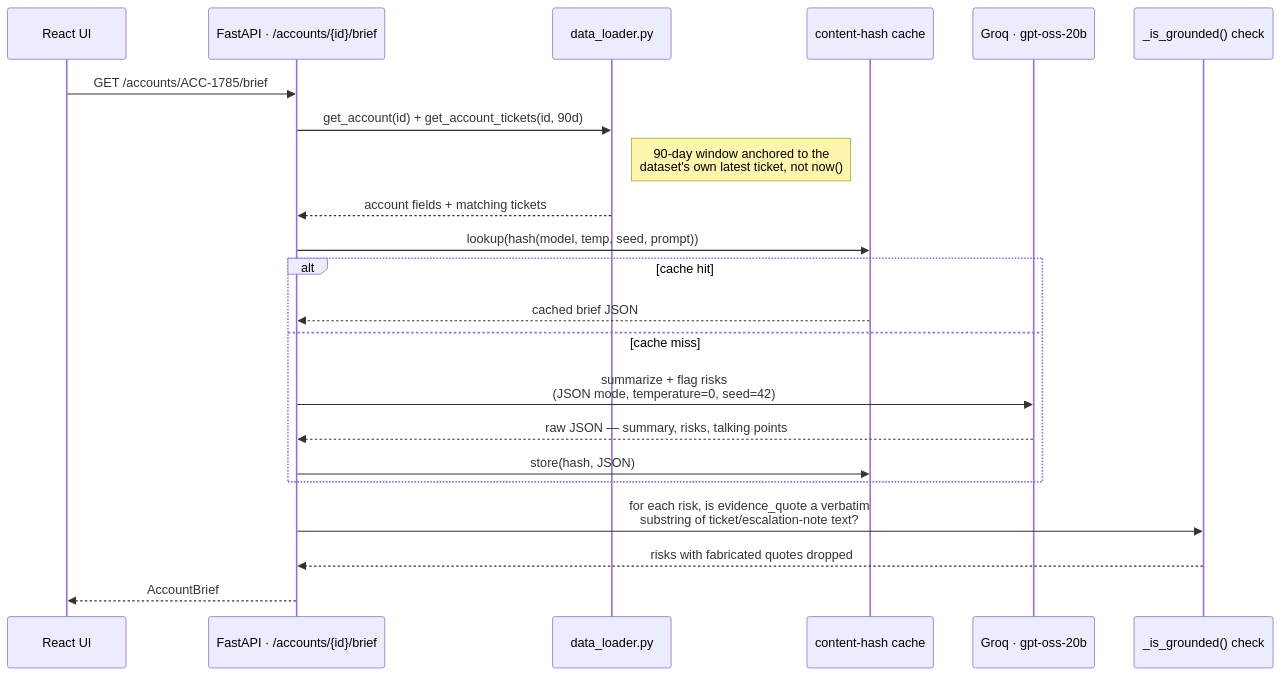
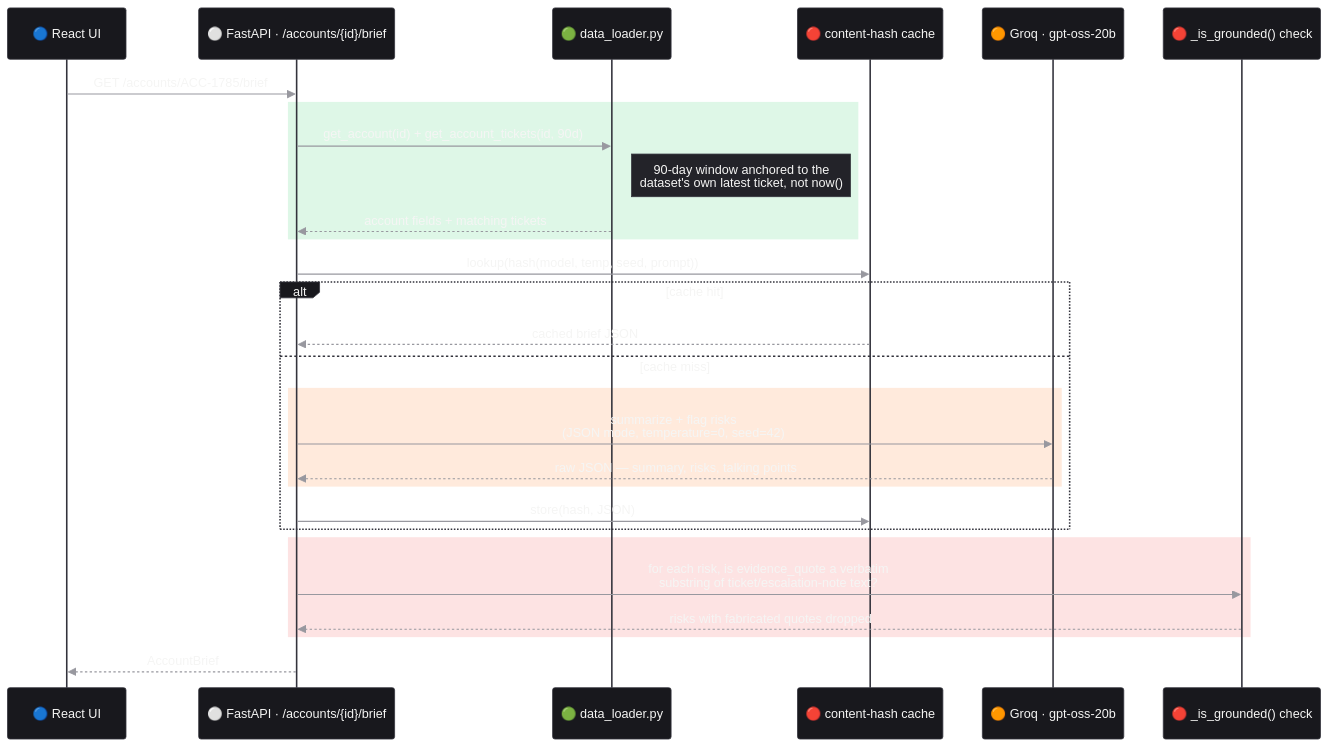
Before and after one commit to JMadhan1/zycus: the third of 4 diagrams in README.md, drawn with Mermaid. The commit also changed other lines of this file, not shown here.

First line of the commit message:
Color-code all four architecture diagrams for readability

````diff
--- a/README.md
+++ b/README.md
@@ -143,25 +167,36 @@
 ```mermaid
+%%{init: {'theme':'base', 'themeVariables': {'actorBkg':'#18181d','actorBorder':'#33333c','actorTextColor':'#f5f5f4','signalColor':'#98989f','signalTextColor':'#f5f5f4','noteBkgColor':'#232329','noteTextColor':'#f5f5f4','noteBorderColor':'#33333c'}}}%%
 sequenceDiagram
-    participant U as React UI
-    participant API as FastAPI · /accounts/{id}/brief
-    participant Data as data_loader.py
-    participant Cache as content-hash cache
-    participant LLM as Groq · gpt-oss-20b
-    participant Ground as _is_grounded() check
+    participant U as 🔵 React UI
+    participant API as ⚪ FastAPI · /accounts/{id}/brief
+    participant Data as 🟢 data_loader.py
+    participant Cache as 🔴 content-hash cache
+    participant LLM as 🟠 Groq · gpt-oss-20b
+    participant Ground as 🔴 _is_grounded() check
 
     U->>API: GET /accounts/ACC-1785/brief
+
+    rect rgba(34, 197, 94, 0.15)
     API->>Data: get_account(id) + get_account_tickets(id, 90d)
     Note right of Data: 90-day window anchored to the<br/>dataset's own latest ticket, not now()
     Data-->>API: account fields + matching tickets
+    end
+
     API->>Cache: lookup(hash(model, temp, seed, prompt))
     alt cache hit
         Cache-->>API: cached brief JSON
     else cache miss
+        rect rgba(255, 138, 61, 0.18)
         API->>LLM: summarize + flag risks<br/>(JSON mode, temperature=0, seed=42)
         LLM-->>API: raw JSON — summary, risks, talking points
+        end
         API->>Cache: store(hash, JSON)
     end
+
+    rect rgba(239, 68, 68, 0.15)
     API->>Ground: for each risk, is evidence_quote a verbatim<br/>substring of ticket/escalation-note text?
     Ground-->>API: risks with fabricated quotes dropped
+    end
+
     API-->>U: AccountBrief
 ```
````
